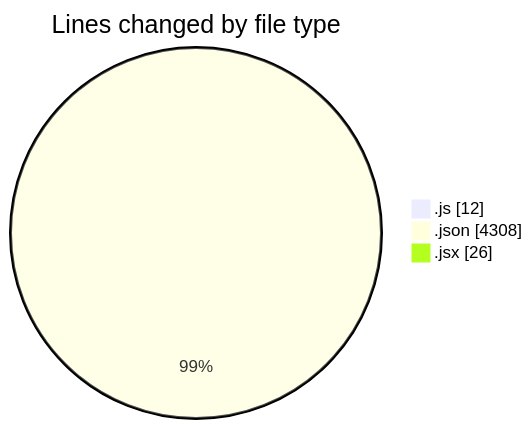
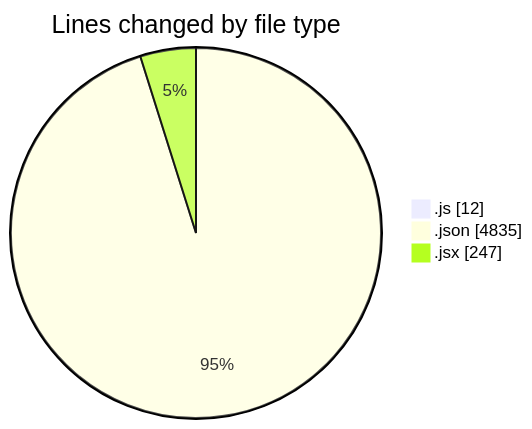
The first of 2 diagrams in 2026-11-21/nashik-misal-queue/README.md (nxtqubesakshisongat/code-tracking), drawn with Mermaid before and after one commit. The commit also changed other lines of this file and 1 other file, not shown here.

````diff
--- a/2026-11-21/nashik-misal-queue/README.md
+++ b/2026-11-21/nashik-misal-queue/README.md
@@ -23,7 +25,7 @@
 ```mermaid
 pie showData
 title Lines changed by file type
 ".js" : 12
-".json" : 4308
-".jsx" : 26
+".json" : 4835
+".jsx" : 247
 ```
````
